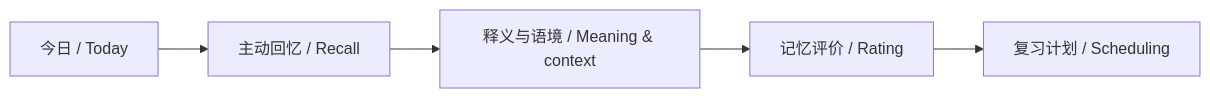
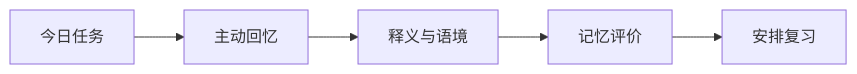
One commit to Alioth-31/Word-World changed the diagram in README.md. Above: the diagram before and after it, drawn with Mermaid. The commit also changed other lines of this file and 7 other files, not shown here.

````diff
--- a/README.md
+++ b/README.md
@@ -18,7 +22,7 @@
 ```mermaid
 flowchart LR
-    A["今日 / Today"] --> B["主动回忆 / Recall"]
-    B --> C["释义与语境 / Meaning & context"]
-    C --> D["记忆评价 / Rating"]
-    D --> E["复习计划 / Scheduling"]
+    A[今日任务] --> B[主动回忆]
+    B --> C[释义与语境]
+    C --> D[记忆评价]
+    D --> E[安排复习]
 ```
````
